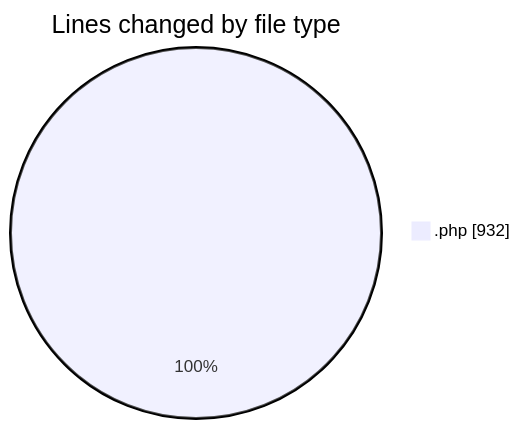
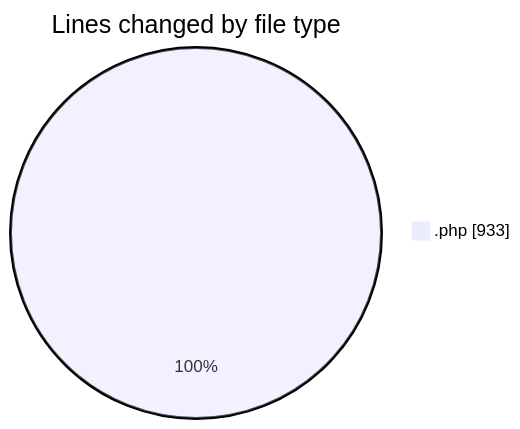
The first of 2 diagrams in 2025-09-25/plugins/README.md (debugP/code-tracking), drawn with Mermaid before and after one commit. The commit also changed other lines of this file and 1 other file, not shown here.

````diff
--- a/2025-09-25/plugins/README.md
+++ b/2025-09-25/plugins/README.md
@@ -20,5 +20,5 @@
 ```mermaid
 pie showData
 title Lines changed by file type
-".php" : 932
+".php" : 933
 ```
````
